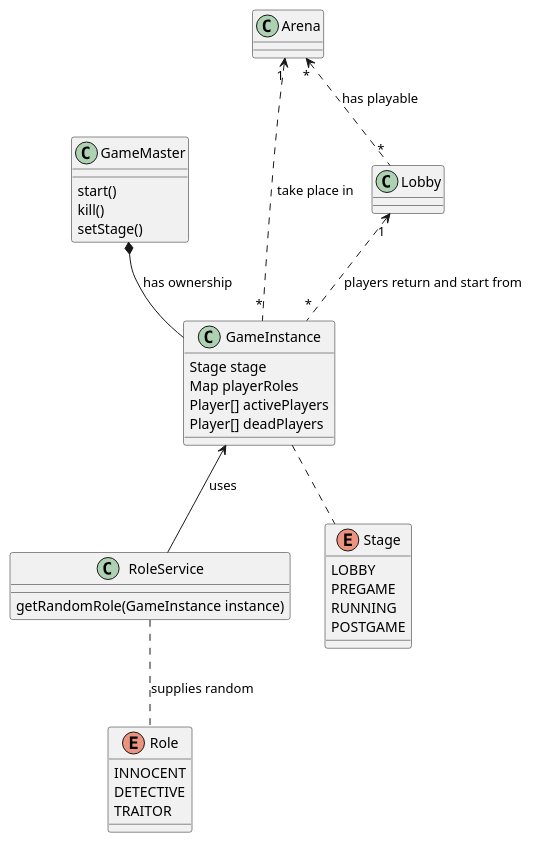
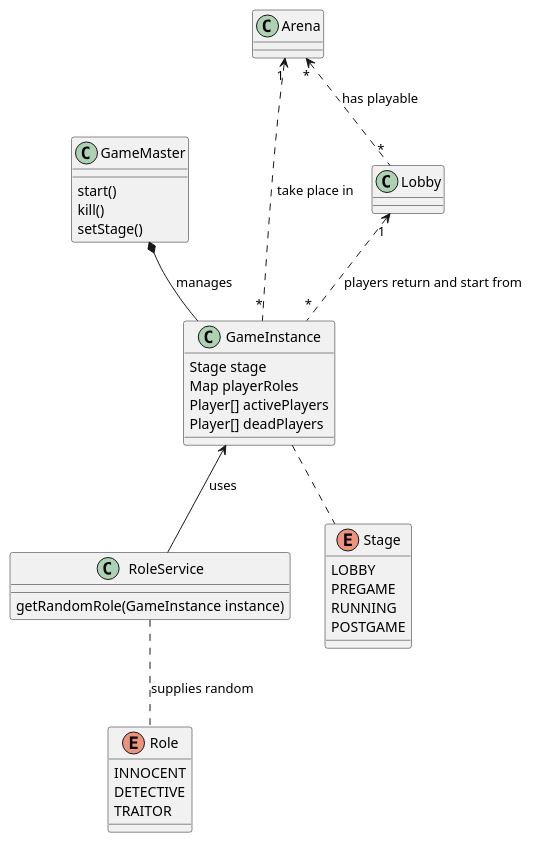
One commit to KapitanFloww/FlowwTTT changed the diagram in TTT-Game.puml. Above: the diagram before and after it, drawn with PlantUML. The commit also changed 8 other files, not shown here.

Commit message:
Changes to GameMasterService.java

```diff
--- a/TTT-Game.puml
+++ b/TTT-Game.puml
@@ -1,42 +1,42 @@
 @startuml
 'https://plantuml.com/class-diagram
 
 class GameMaster {
     start()
     kill()
     setStage()
 }
 class GameInstance {
     Stage stage
     Map playerRoles
     Player[] activePlayers
     Player[] deadPlayers
 }
 class RoleService {
     getRandomRole(GameInstance instance)
 }
 class Arena
 class Lobby
 
 
 enum Stage {
     LOBBY
     PREGAME
     RUNNING
     POSTGAME
 }
 enum Role {
     INNOCENT
     DETECTIVE
     TRAITOR
 }
 
 GameInstance <-- RoleService : uses
 GameInstance .. Stage
 Arena "1" <.. "*" GameInstance : take place in
 Lobby "1" <.. "*" GameInstance : players return and start from
 Arena "*" <.. "*" Lobby : has playable
-GameMaster *-- GameInstance : has ownership
+GameMaster *-- GameInstance : manages
 RoleService .. Role : supplies random
 
 @enduml
```
